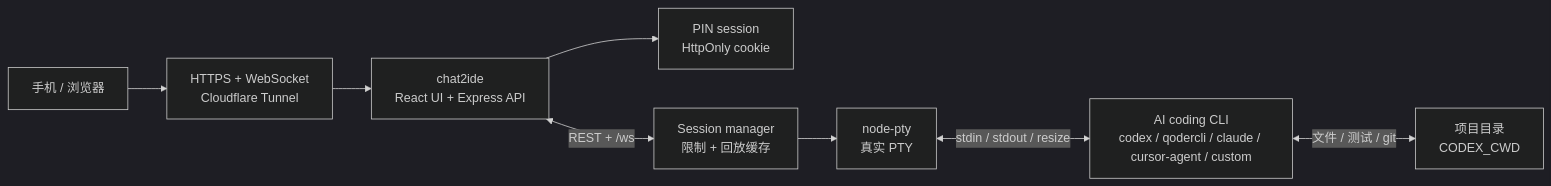
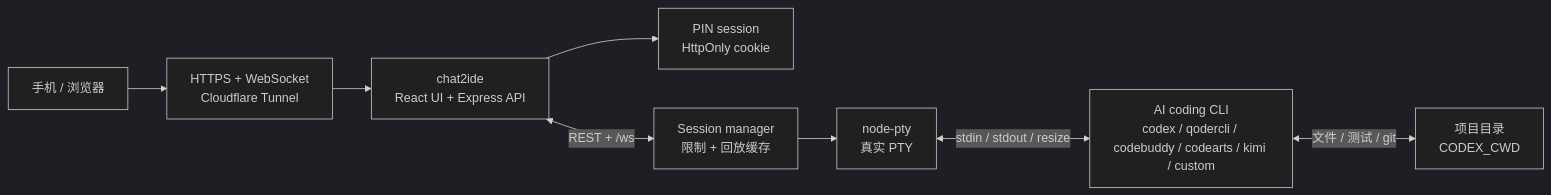
Before and after one commit to oceanusXXD/chat2ide: the first of 2 diagrams in README.md, drawn with Mermaid (dark theme). The commit also changed other lines of this file and 2 other files, not shown here.

Commit message:
Document China AI coding platform support

````diff
--- a/README.md
+++ b/README.md
@@ -201,10 +246,10 @@
 ```mermaid
 flowchart LR
   Browser["手机 / 浏览器"] --> Tunnel["HTTPS + WebSocket<br/>Cloudflare Tunnel"]
   Tunnel --> App["chat2ide<br/>React UI + Express API"]
   App --> Auth["PIN session<br/>HttpOnly cookie"]
   App <-->|REST + /ws| Manager["Session manager<br/>限制 + 回放缓存"]
   Manager --> PTY["node-pty<br/>真实 PTY"]
-  PTY <-->|stdin / stdout / resize| CLI["AI coding CLI<br/>codex / qodercli / claude / cursor-agent / custom"]
+  PTY <-->|stdin / stdout / resize| CLI["AI coding CLI<br/>codex / qodercli / codebuddy / codearts / kimi / custom"]
   CLI <-->|文件 / 测试 / git| Repo["项目目录<br/>CODEX_CWD"]
 ```
````
